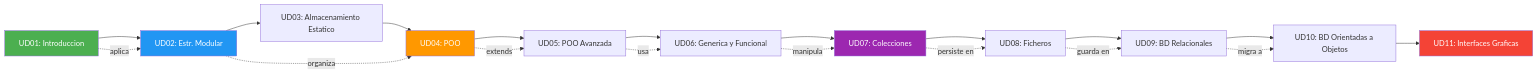
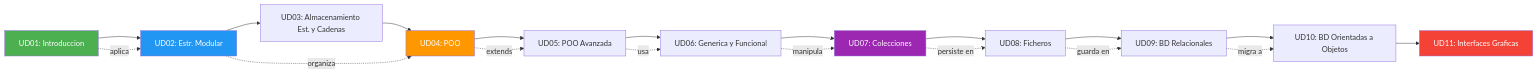
Before and after one commit to joseluisgs/Programacion-01-2026-2027: the second of 2 diagrams in 11-resumen.md, drawn with Mermaid.

Commit message:
fix: título UD03 → Estructuras de almacenamiento estáticas y cadenas de caracteres

````diff
--- a/11-resumen.md
+++ b/11-resumen.md
@@ -368,28 +368,28 @@
 ```mermaid
 graph LR
     UD01[UD01: Introduccion] --> UD02[UD02: Estr. Modular]
-    UD02 --> UD03[UD03: Almacenamiento Estatico]
+    UD02 --> UD03[UD03: Almacenamiento Est. y Cadenas]
     UD03 --> UD04[UD04: POO]
     UD04 --> UD05[UD05: POO Avanzada]
     UD05 --> UD06[UD06: Generica y Funcional]
     UD06 --> UD07[UD07: Colecciones]
     UD07 --> UD08[UD08: Ficheros]
     UD08 --> UD09[UD09: BD Relacionales]
     UD09 --> UD10[UD10: BD Orientadas a Objetos]
     UD10 --> UD11[UD11: Interfaces Graficas]
 
     UD01 -.->|aplica| UD02
     UD02 -.->|organiza| UD04
     UD04 -.->|extends| UD05
     UD05 -.->|usa| UD06
     UD06 -.->|manipula| UD07
     UD07 -.->|persiste en| UD08
     UD08 -.->|guarda en| UD09
     UD09 -.->|migra a| UD10
 
     style UD01 fill:#4CAF50,color:#fff
     style UD02 fill:#2196F3,color:#fff
     style UD04 fill:#FF9800,color:#fff
     style UD07 fill:#9C27B0,color:#fff
     style UD11 fill:#f44336,color:#fff
 ```
````
